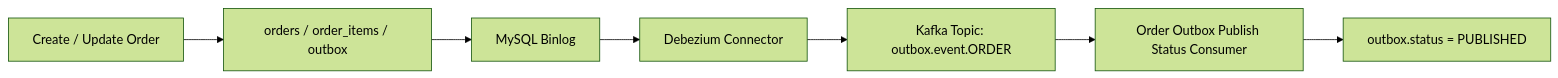
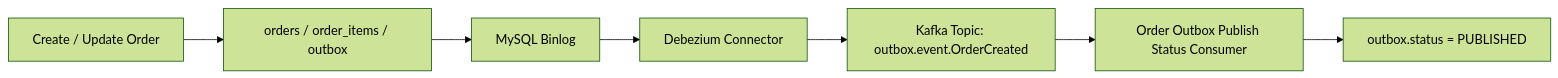
Before and after one commit to aekiori/AekioriEats: the diagram in Order/README.md, drawn with Mermaid (forest theme). The commit also changed other lines of this file and 52 other files, not shown here.

First line of the commit message:
kafka routing aggreagte_type -> event_type 변경

````diff
--- a/Order/README.md
+++ b/Order/README.md
@@ -30,9 +30,9 @@
 ```mermaid
 flowchart LR
     A["Create / Update Order"] --> B["orders / order_items / outbox"]
     B --> C["MySQL Binlog"]
     C --> D["Debezium Connector"]
-    D --> E["Kafka Topic: outbox.event.ORDER"]
+    D --> E["Kafka Topic: outbox.event.OrderCreated"]
     E --> F["Order Outbox Publish Status Consumer"]
     F --> G["outbox.status = PUBLISHED"]
 ```
````
